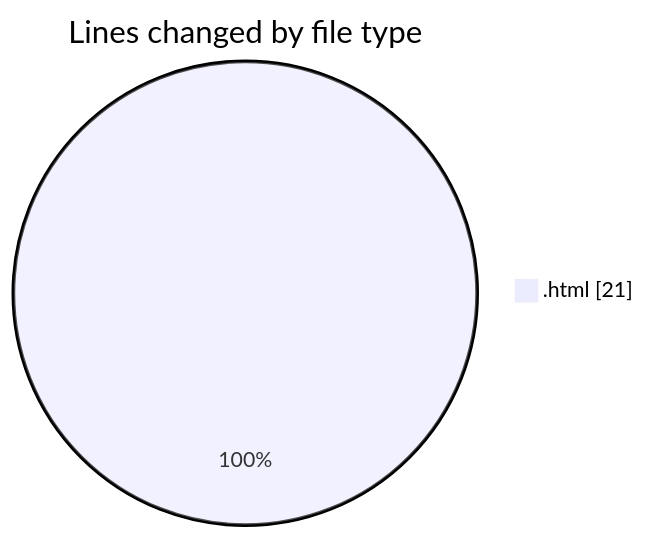
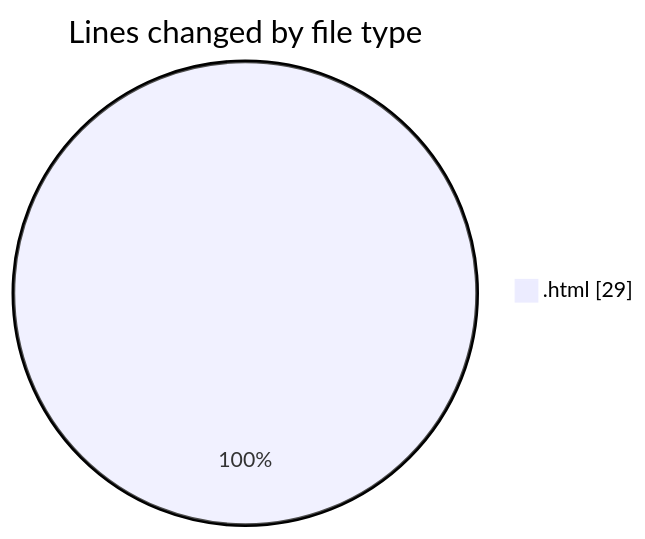
The first of 2 diagrams in 2025-12-24/technologie_web/README.md (hasnaa123/code-tracking), drawn with Mermaid before and after one commit. The commit also changed other lines of this file and 1 other file, not shown here.

````diff
--- a/2025-12-24/technologie_web/README.md
+++ b/2025-12-24/technologie_web/README.md
@@ -20,5 +20,5 @@
 ```mermaid
 pie showData
 title Lines changed by file type
-".html" : 21
+".html" : 29
 ```
````
